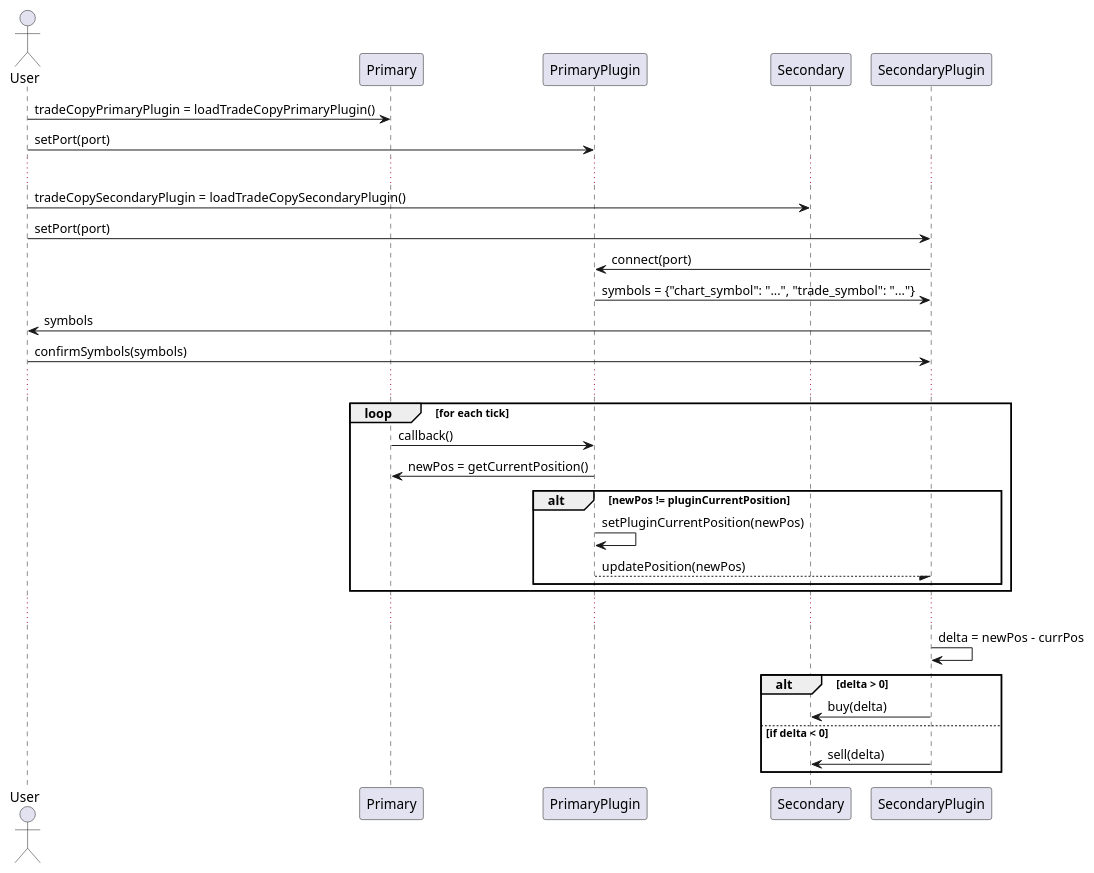
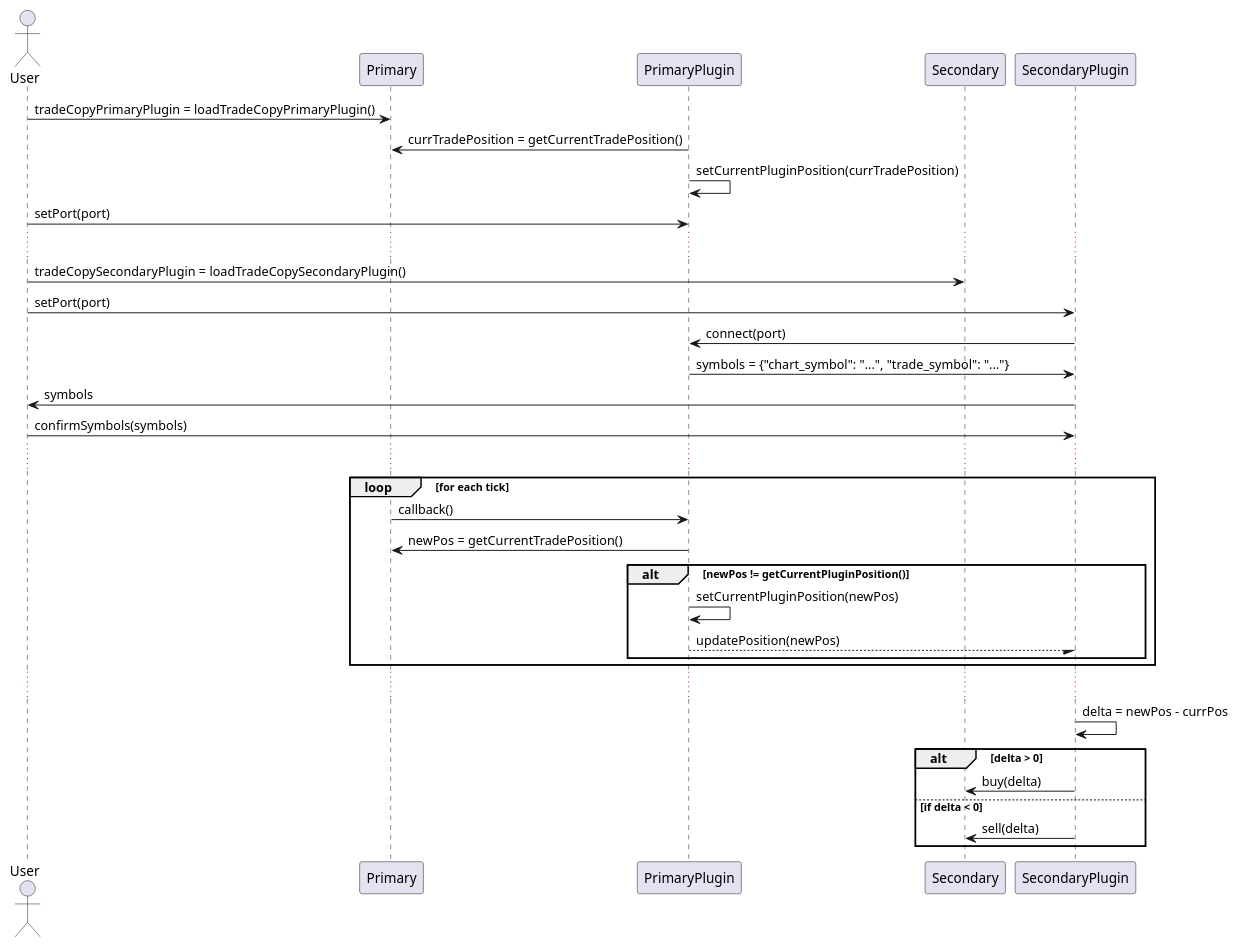
One commit to sohailsomani/sc_position_copy changed the diagram in dev/design.org. Above: the diagram before and after it, drawn with PlantUML. The commit also changed 1 other file, not shown here.

```diff
--- a/dev/design.org
+++ b/dev/design.org
@@ -3,36 +3,38 @@
 #+begin_src plantuml :file sequence.png
   @startuml
 
   actor User
   participant Primary
   participant PrimaryPlugin
   participant Secondary
   participant SecondaryPlugin
 
   User -> Primary: tradeCopyPrimaryPlugin = loadTradeCopyPrimaryPlugin()
+  PrimaryPlugin -> Primary: currTradePosition = getCurrentTradePosition()
+  PrimaryPlugin -> PrimaryPlugin: setCurrentPluginPosition(currTradePosition)
   User -> PrimaryPlugin: setPort(port)
   ...
   User -> Secondary: tradeCopySecondaryPlugin = loadTradeCopySecondaryPlugin()
   User -> SecondaryPlugin: setPort(port)
   SecondaryPlugin -> PrimaryPlugin: connect(port)
   PrimaryPlugin -> SecondaryPlugin: symbols = {"chart_symbol": "...", "trade_symbol": "..."}
   SecondaryPlugin -> User: symbols
   User -> SecondaryPlugin: confirmSymbols(symbols)
   ...
   loop for each tick
   Primary -> PrimaryPlugin: callback()
-  PrimaryPlugin -> Primary: newPos = getCurrentPosition()
-  alt newPos != pluginCurrentPosition
-    PrimaryPlugin -> PrimaryPlugin: setPluginCurrentPosition(newPos)
+  PrimaryPlugin -> Primary: newPos = getCurrentTradePosition()
+  alt newPos != getCurrentPluginPosition()
+    PrimaryPlugin -> PrimaryPlugin: setCurrentPluginPosition(newPos)
     PrimaryPlugin --/ SecondaryPlugin: updatePosition(newPos)
   end
   end
   ...
   SecondaryPlugin -> SecondaryPlugin: delta = newPos - currPos
   alt delta > 0
     SecondaryPlugin -> Secondary: buy(delta)
   else if delta < 0
     SecondaryPlugin -> Secondary: sell(delta)
   end
   @enduml
 #+end_src
```
